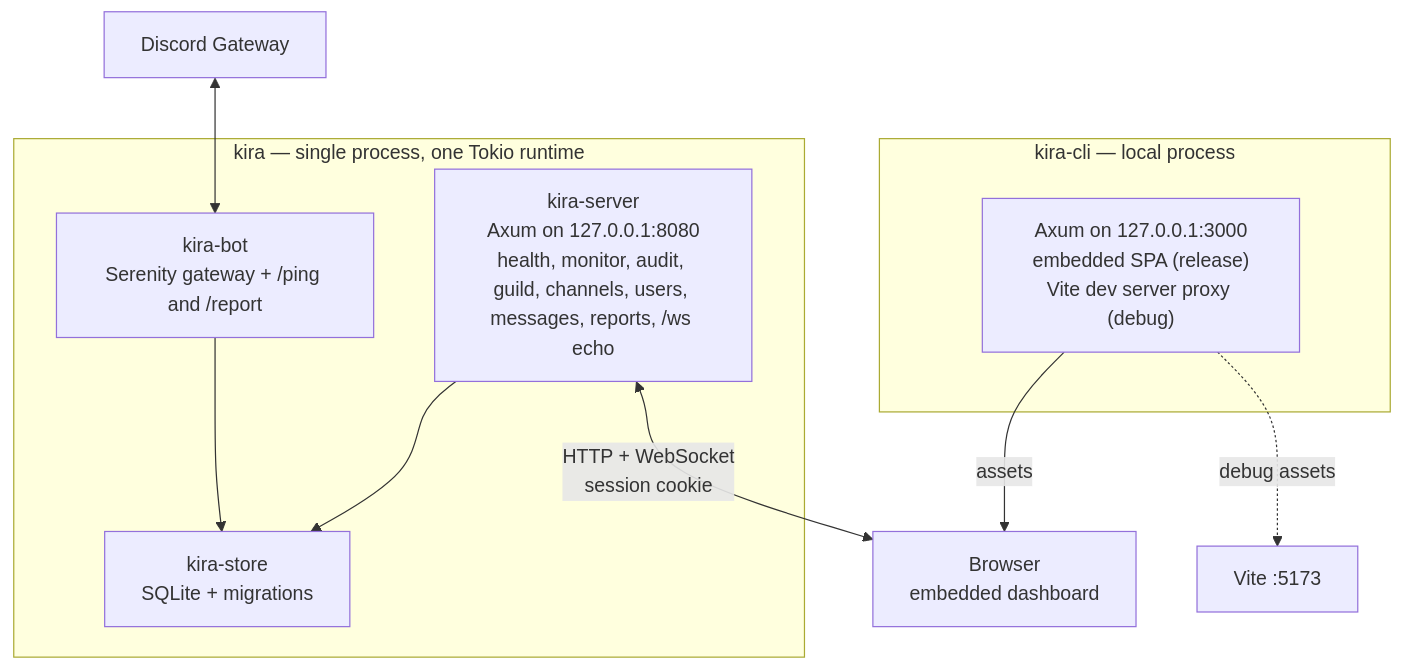
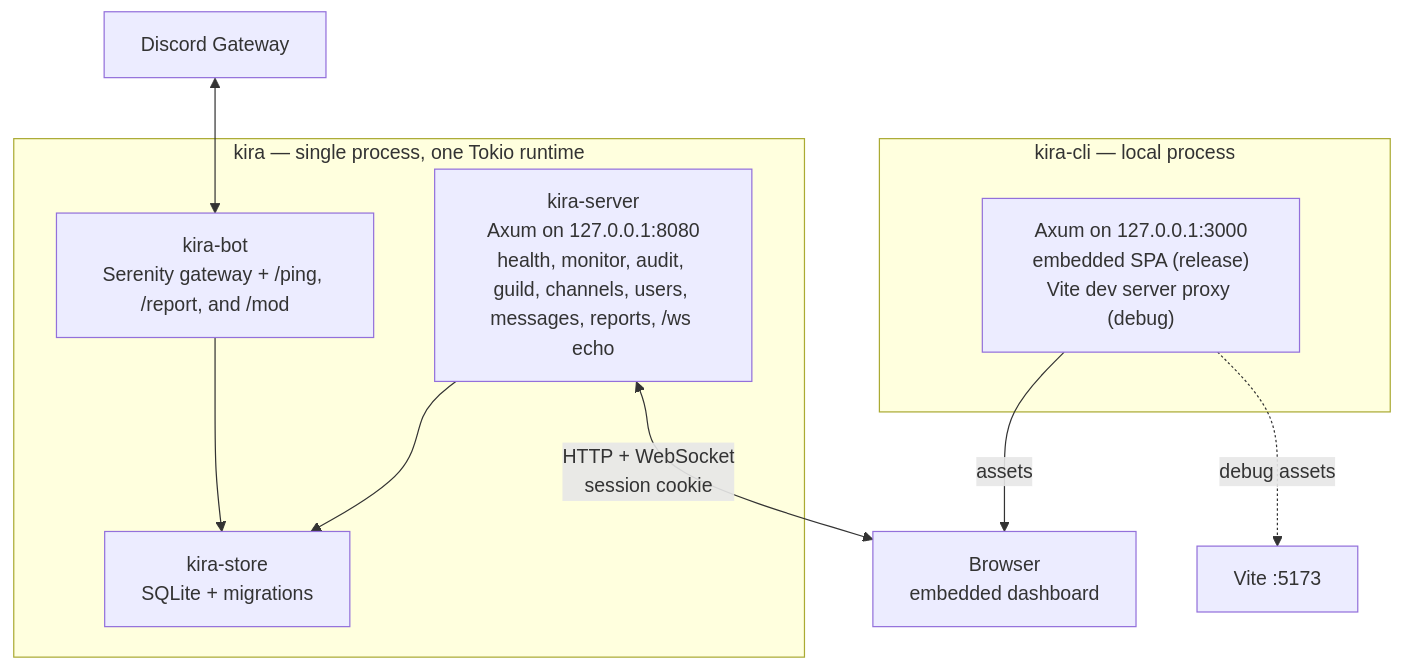
Before and after one commit to merzen-sh/kira: the first of 2 diagrams in docs/ARCHITECTURE.md, drawn with Mermaid. The commit also changed other lines of this file and 3 other files, not shown here.

First line of the commit message:
feat(bot): add /mod moderation commands (#39)

````diff
--- a/docs/ARCHITECTURE.md
+++ b/docs/ARCHITECTURE.md
@@ -23,23 +23,23 @@
 ```mermaid
 flowchart TB
     GW["Discord Gateway"]
 
     subgraph KIRA["kira — single process, one Tokio runtime"]
-        BOT["kira-bot<br/>Serenity gateway + /ping and /report"]
+        BOT["kira-bot<br/>Serenity gateway + /ping, /report, and /mod"]
         SERVER["kira-server<br/>Axum on 127.0.0.1:8080<br/>health, monitor, audit, guild, channels, users, messages, reports, /ws echo"]
         STORE["kira-store<br/>SQLite + migrations"]
     end
 
     subgraph LOCAL["kira-cli — local process"]
         CLI["Axum on 127.0.0.1:3000<br/>embedded SPA (release)<br/>Vite dev server proxy (debug)"]
     end
 
     BROWSER["Browser<br/>embedded dashboard"]
 
     GW <--> BOT
     BOT --> STORE
     SERVER --> STORE
     SERVER <-->|"HTTP + WebSocket<br/>session cookie"| BROWSER
     CLI -->|"assets"| BROWSER
     CLI -.->|"debug assets"| VITE["Vite :5173"]
 ```
````
